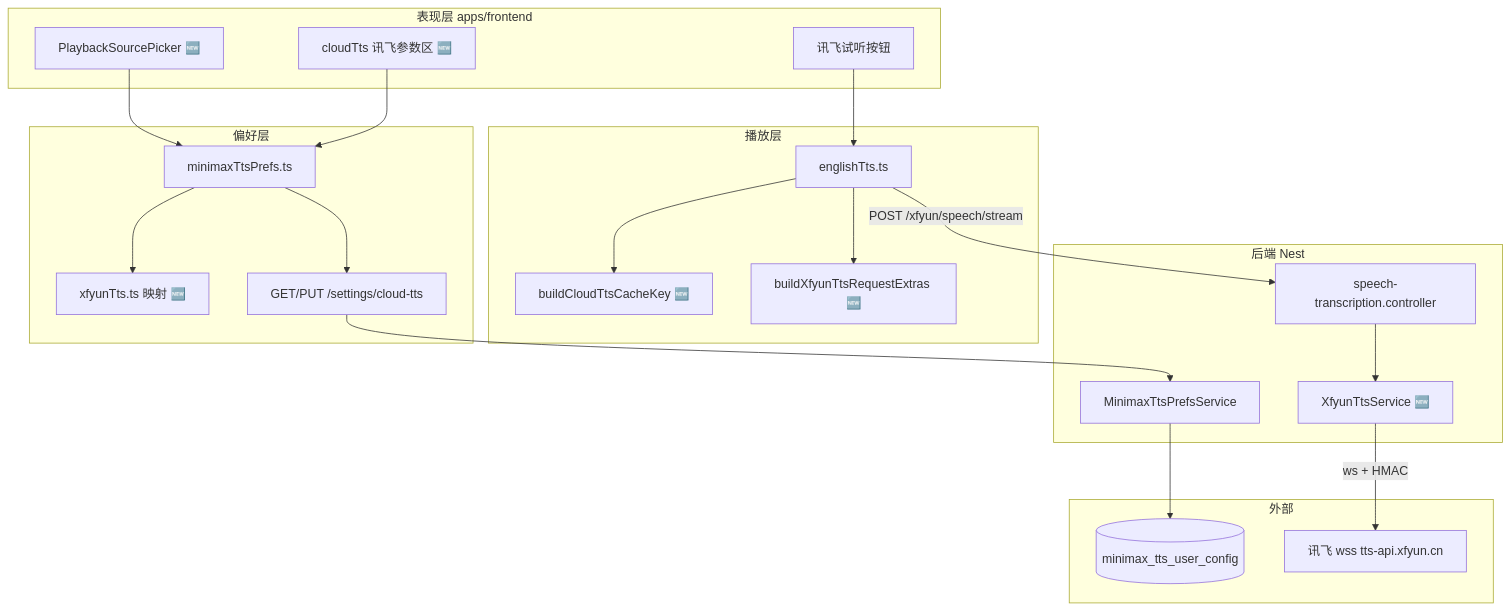
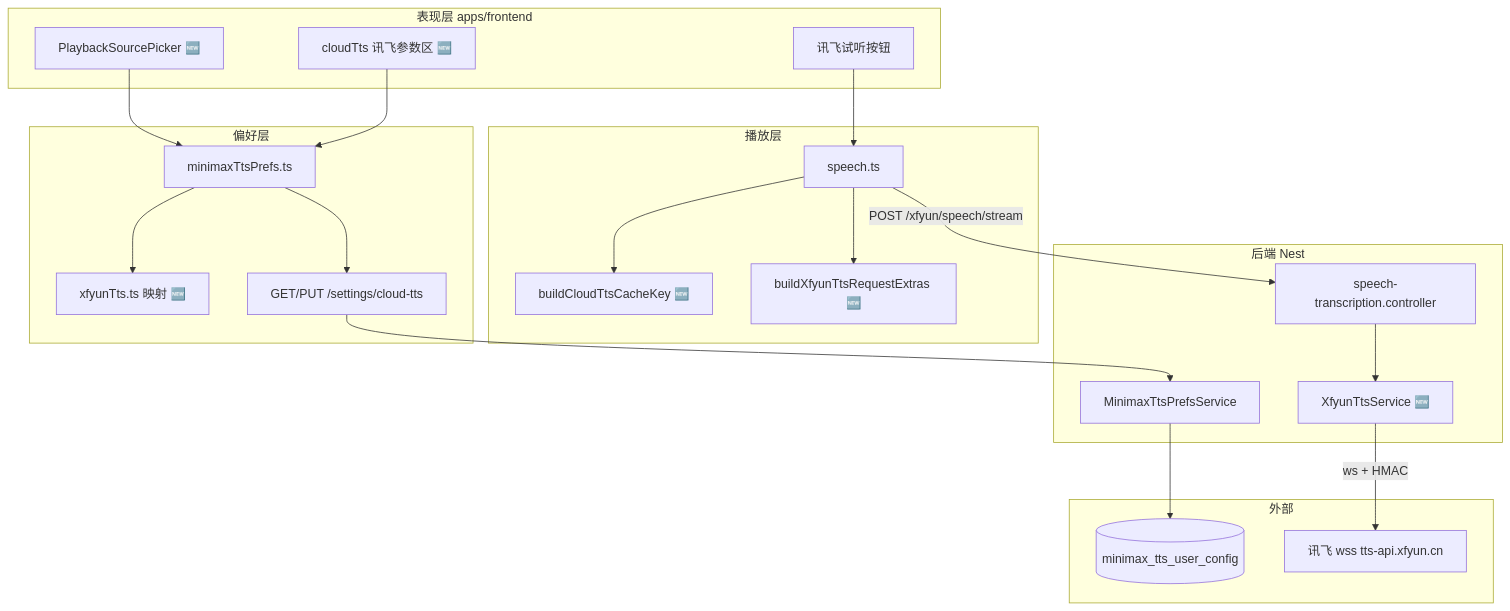
The first of 4 diagrams in docs/ideas/xfyun-cloud-tts.md (dnhyxc/dnhyxc-ai), drawn with Mermaid before and after one commit. The commit also changed other lines of this file and 111 other files, not shown here.

````diff
--- a/docs/ideas/xfyun-cloud-tts.md
+++ b/docs/ideas/xfyun-cloud-tts.md
@@ -89,44 +89,44 @@
 ```mermaid
 flowchart TB
   subgraph UI [表现层 apps/frontend]
     Picker[PlaybackSourcePicker 🆕]
     XfyunForm[cloudTts 讯飞参数区 🆕]
     Preview[讯飞试听按钮]
   end
 
   subgraph Prefs [偏好层]
     PrefsUtil[minimaxTtsPrefs.ts]
     MapUtil[xfyunTts.ts 映射 🆕]
     API_Settings["GET/PUT /settings/cloud-tts"]
   end
 
   subgraph TTS [播放层]
-    EngTts[englishTts.ts]
+    EngTts[speech.ts]
     buildKey[buildCloudTtsCacheKey 🆕]
     buildExtras[buildXfyunTtsRequestExtras 🆕]
   end
 
   subgraph BE [后端 Nest]
     Ctrl[speech-transcription.controller]
     XfyunSvc[XfyunTtsService 🆕]
     PrefsSvc[MinimaxTtsPrefsService]
   end
 
   subgraph External [外部]
     DB[(minimax_tts_user_config)]
     XfyunWS[讯飞 wss tts-api.xfyun.cn]
   end
 
   Picker --> PrefsUtil
   XfyunForm --> PrefsUtil
   Preview --> EngTts
   PrefsUtil --> API_Settings
   PrefsUtil --> MapUtil
   API_Settings --> PrefsSvc
   PrefsSvc --> DB
   EngTts --> buildKey
   EngTts --> buildExtras
   EngTts -->|"POST /xfyun/speech/stream"| Ctrl
   Ctrl --> XfyunSvc
   XfyunSvc -->|"ws + HMAC"| XfyunWS
 ```
````
